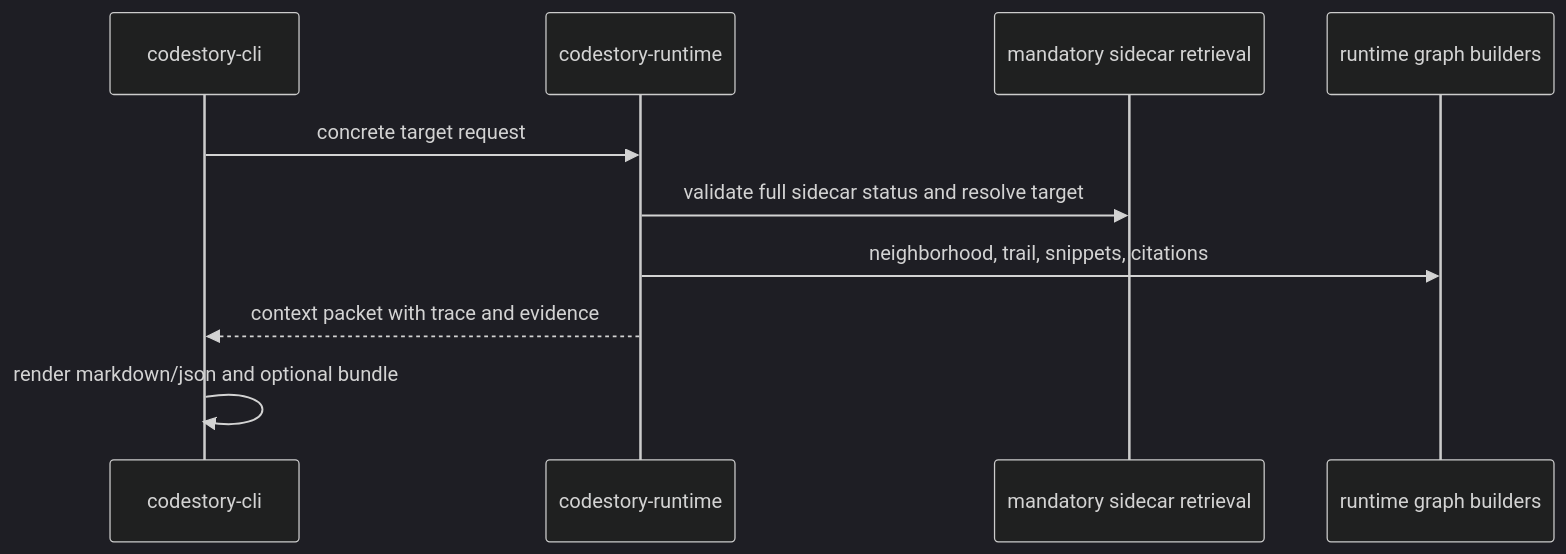
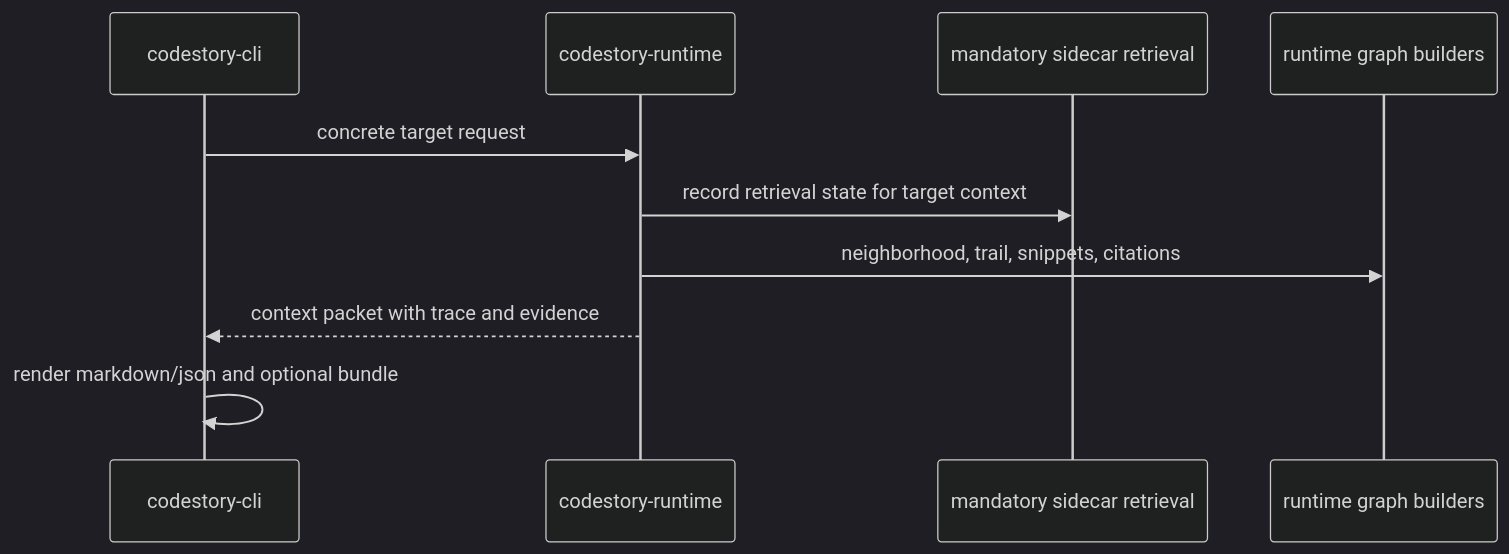
The second of 3 diagrams in docs/architecture/runtime-execution-path.md (TheGreenCedar/CodeStory), drawn with Mermaid (dark theme) before and after one commit. The commit also changed other lines of this file and 11 other files, not shown here.

````diff
--- a/docs/architecture/runtime-execution-path.md
+++ b/docs/architecture/runtime-execution-path.md
@@ -58,13 +58,13 @@
 ```mermaid
 sequenceDiagram
     participant CLI as codestory-cli
     participant Runtime as codestory-runtime
     participant Retrieval as mandatory sidecar retrieval
     participant Graph as runtime graph builders
 
     CLI->>Runtime: concrete target request
-    Runtime->>Retrieval: validate full sidecar status and resolve target
+    Runtime->>Retrieval: record retrieval state for target context
     Runtime->>Graph: neighborhood, trail, snippets, citations
     Runtime-->>CLI: context packet with trace and evidence
     CLI->>CLI: render markdown/json and optional bundle
 ```
````
